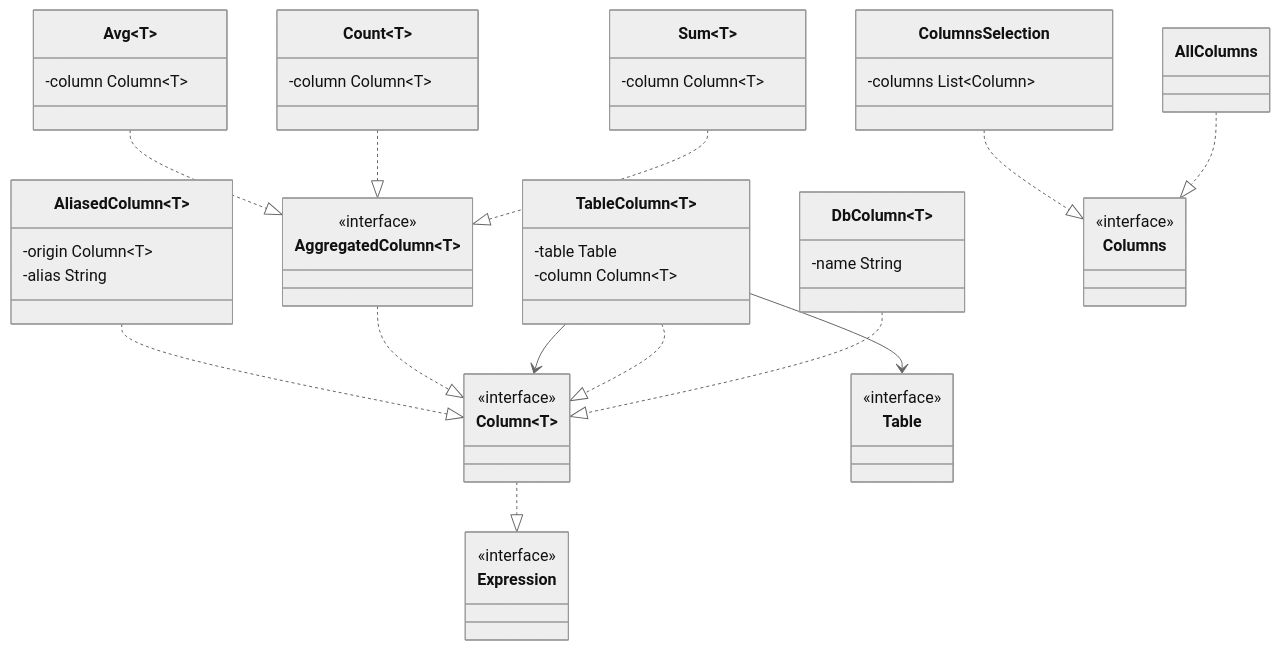
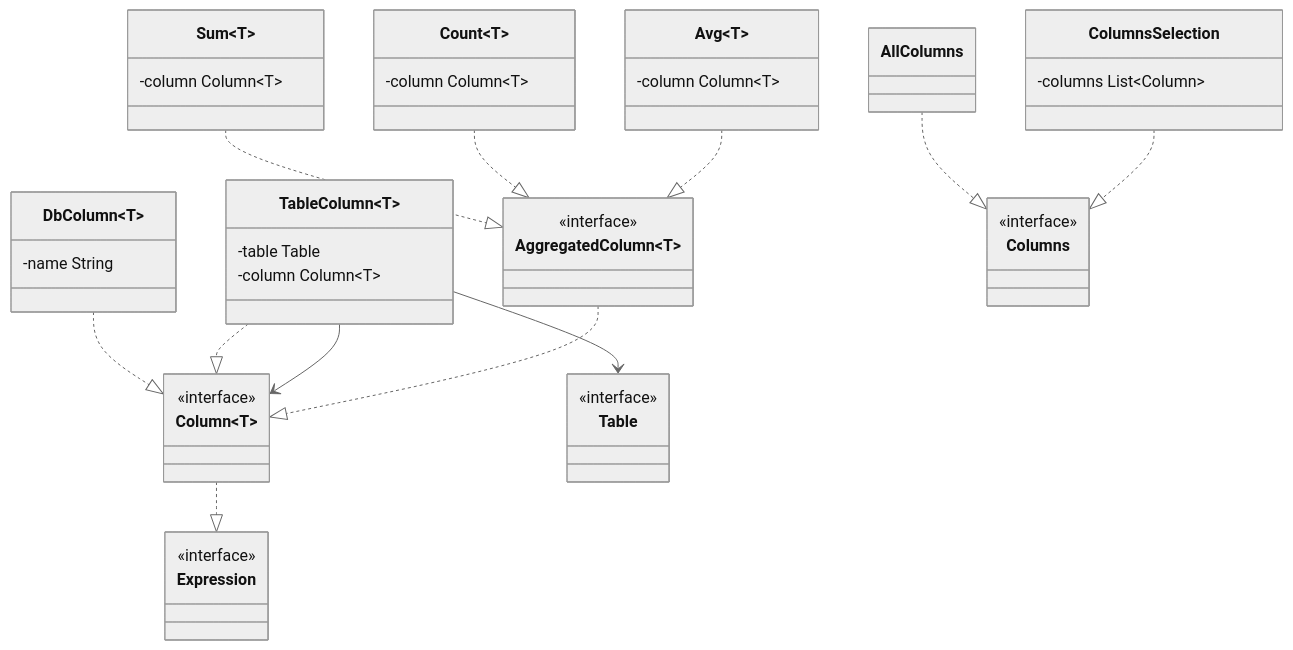
One commit to safarislava/QueryBricks changed the sixth of 13 diagrams in docs/domain.md. Above: the diagram before and after it, drawn with Mermaid (neutral theme).

Commit message:
docs: Delete alias column

````diff
--- a/docs/domain.md
+++ b/docs/domain.md
@@ -186,66 +186,60 @@
 ```mermaid
 classDiagram
     class Expression {
         <<interface>>
     }
 
     class Column~T~ {
         <<interface>>
     }
     Column ..|> Expression
 
     class DbColumn~T~ {
         -name String
     }
     DbColumn ..|> Column~T~
 
     class Table {
         <<interface>>
     }
 
     class TableColumn~T~ {
         -table Table
         -column Column~T~
     }
     TableColumn ..|> Column~T~
     TableColumn --> Column
     TableColumn --> Table
 
     class AggregatedColumn~T~ {
         <<interface>>
     }
     AggregatedColumn ..|> Column~T~
 
     class Sum~T~ {
         -column Column~T~
     }
     Sum ..|> AggregatedColumn~T~
 
     class Count~T~ {
         -column Column~T~
     }
     Count ..|> AggregatedColumn~T~
 
     class Avg~T~ {
         -column Column~T~
     }
     Avg ..|> AggregatedColumn~T~
 
-    class AliasedColumn~T~ {
-        -origin Column~T~
-        -alias String
-    }
-    AliasedColumn ..|> Column~T~
-
     class Columns {
         <<interface>>
     }
 
     class AllColumns
     AllColumns ..|> Columns
 
     class ColumnsSelection {
         -columns List~Column~
     }
     ColumnsSelection ..|> Columns
 ```
````
